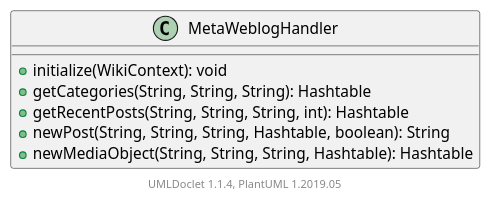
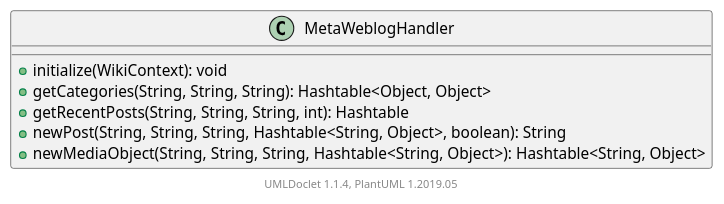
Before and after one commit to apache/jspwiki-site: the diagram in apidocs/2.11.0.M7-SNAPSHOT/org/apache/wiki/xmlrpc/MetaWeblogHandler.puml, drawn with PlantUML. The commit also changed 1701 other files, not shown here.

```diff
--- a/apidocs/2.11.0.M7-SNAPSHOT/org/apache/wiki/xmlrpc/MetaWeblogHandler.puml
+++ b/apidocs/2.11.0.M7-SNAPSHOT/org/apache/wiki/xmlrpc/MetaWeblogHandler.puml
@@ -1,13 +1,13 @@
 @startuml
 
     class MetaWeblogHandler [[MetaWeblogHandler.html]] {
         +initialize(WikiContext): void
-        +getCategories(String, String, String): Hashtable
+        +getCategories(String, String, String): Hashtable<Object, Object>
         +getRecentPosts(String, String, String, int): Hashtable
-        +newPost(String, String, String, Hashtable, boolean): String
-        +newMediaObject(String, String, String, Hashtable): Hashtable
+        +newPost(String, String, String, Hashtable<String, Object>, boolean): String
+        +newMediaObject(String, String, String, Hashtable<String, Object>): Hashtable<String, Object>
     }
 
 
     center footer UMLDoclet 1.1.4, PlantUML 1.2019.05
 @enduml
```
